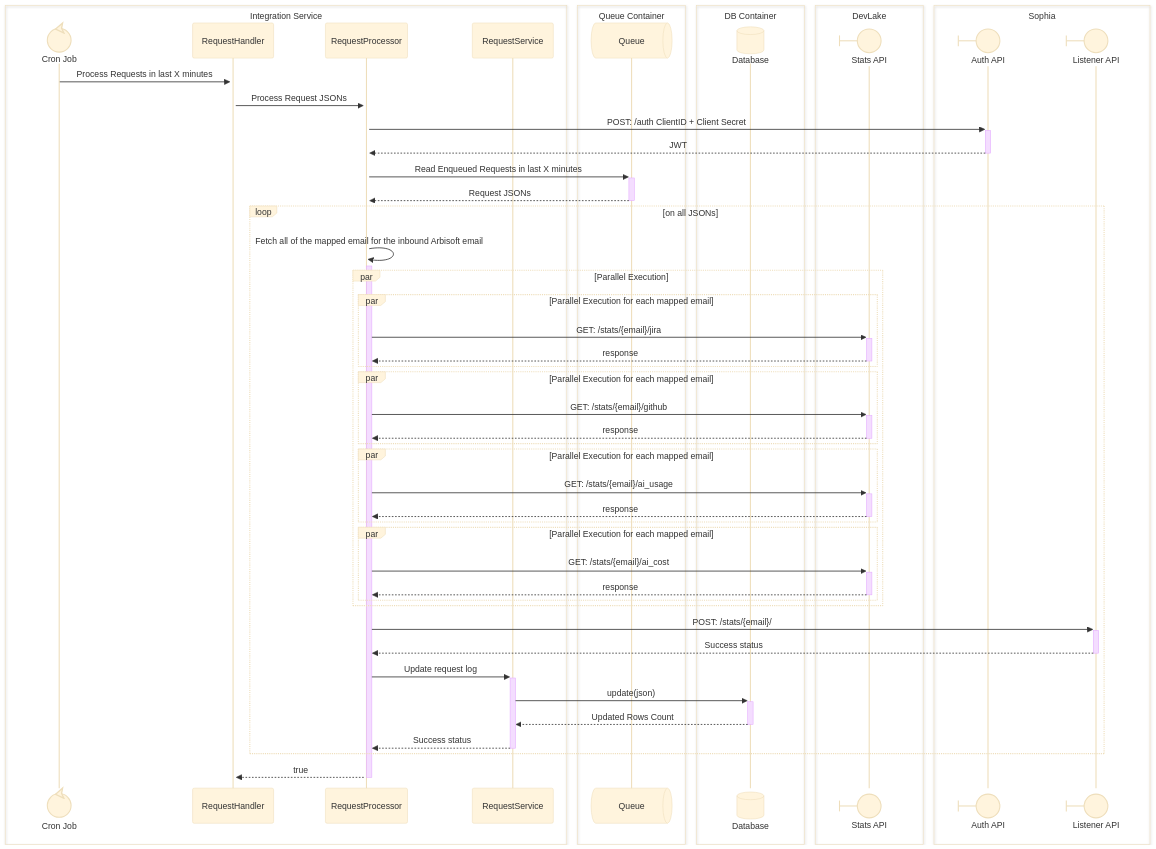
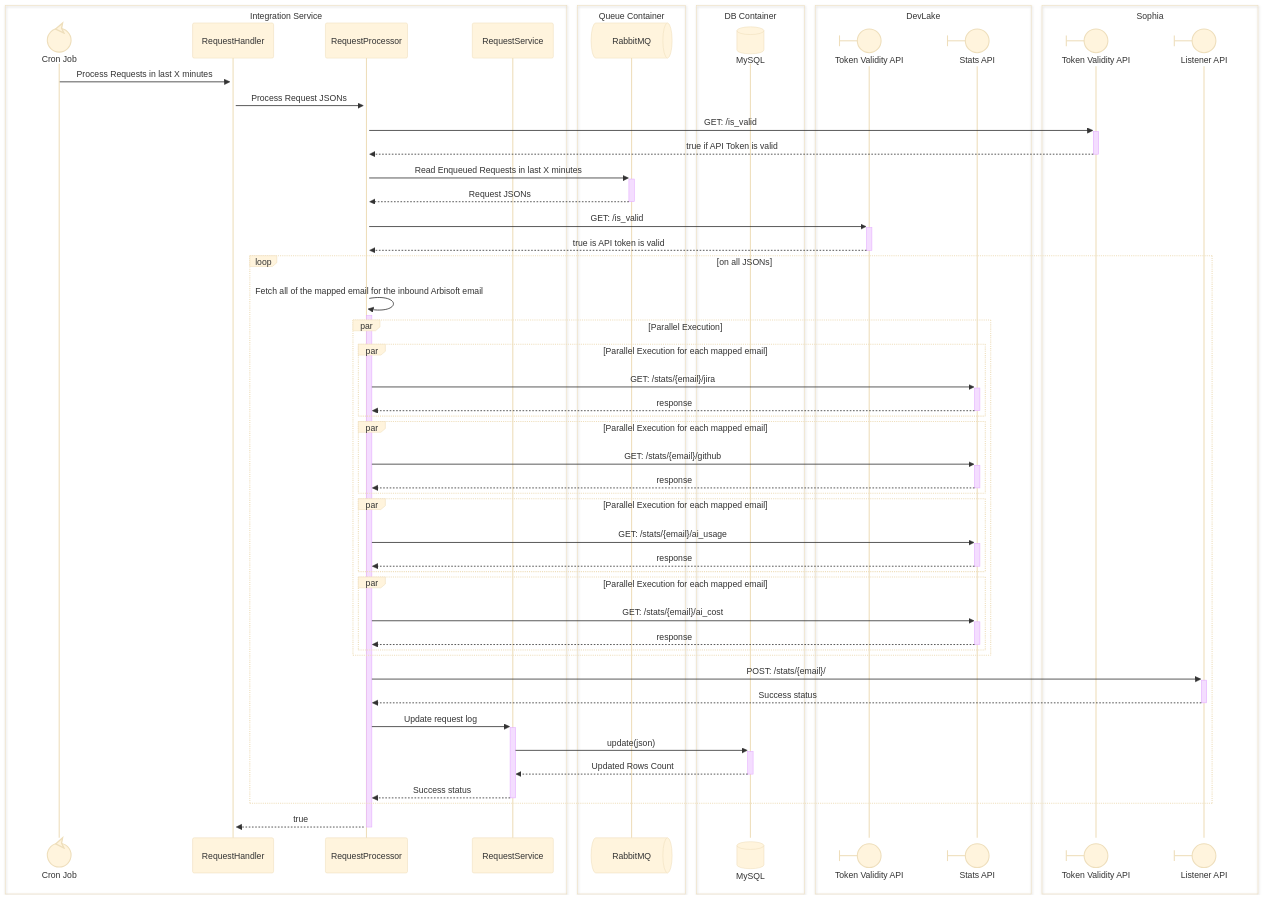
One commit to arbisoft/incubator-devlake changed the fifth of 6 diagrams in integration-service-architecture-plan.md. Above: the diagram before and after it, drawn with Mermaid (base theme). The commit also changed other lines of this file, not shown here.

````diff
--- a/integration-service-architecture-plan.md
+++ b/integration-service-architecture-plan.md
@@ -211,65 +303,68 @@
 ```mermaid
 sequenceDiagram
     box Integration Service
         participant cron_job@{ "type": "control" } as Cron Job
         participant request_handler as RequestHandler
         participant request_processor as RequestProcessor
         participant request_service as RequestService
     end
     box Queue Container
-        participant sqs@{ "type": "queue"} as Queue
+        participant rmq@{ "type": "queue"} as RabbitMQ
     end
     box DB Container
-        participant db@{ "type": "database" } as Database
+        participant db@{ "type": "database" } as MySQL
     end
     box DevLake
+        participant dl_token_validity_api@{ "type": "boundary" } as Token Validity API
         participant stats_api@{ "type": "boundary" } as Stats API
     end
     box Sophia
-        participant auth_api@{ "type": "boundary" } as Auth API
+        participant so_token_validity_api@{ "type": "boundary" } as Token Validity API
         participant listener_api@{ "type": "boundary" } as Listener API
     end
 
     cron_job->>+request_handler: Process Requests in last X minutes
     request_handler->>+request_processor:Process Request JSONs
 
-    request_processor->>+auth_api: POST: /auth ClientID + Client Secret
-    auth_api-->>-request_processor: JWT
+    request_processor->>+so_token_validity_api: GET: /is_valid
+    so_token_validity_api-->>-request_processor: true if API Token is valid
 
-    request_processor->>+sqs:Read Enqueued Requests in last X minutes
-    sqs-->>-request_processor: Request JSONs
+    request_processor->>+rmq:Read Enqueued Requests in last X minutes
+    rmq-->>-request_processor: Request JSONs
+
+    request_processor->>+dl_token_validity_api: GET: /is_valid
+    dl_token_validity_api-->>-request_processor: true is API token is valid
 
     loop on all JSONs
         request_processor->>+request_processor: Fetch all of the mapped email for the inbound Arbisoft email
         par Parallel Execution
 
             par Parallel Execution for each mapped email
                 request_processor->>+stats_api: GET: /stats/{email}/jira
                 stats_api-->>-request_processor: response
             end
             par Parallel Execution for each mapped email
                 request_processor->>+stats_api: GET: /stats/{email}/github
                 stats_api-->>-request_processor: response
             end
             par Parallel Execution for each mapped email
                 request_processor->>+stats_api: GET: /stats/{email}/ai_usage
                 stats_api-->>-request_processor: response
             end
             par Parallel Execution for each mapped email
                 request_processor->>+stats_api: GET: /stats/{email}/ai_cost
                 stats_api-->>-request_processor: response
             end
         end
 
         request_processor->>+listener_api: POST: /stats/{email}/
         listener_api-->>-request_processor: Success status
 
         request_processor->>+request_service: Update request log
         request_service->>+db: update(json)
         db-->>-request_service: Updated Rows Count
         request_service-->>-request_processor: Success status
     end
     
     request_processor-->>-request_handler: true
-
 ```
````
